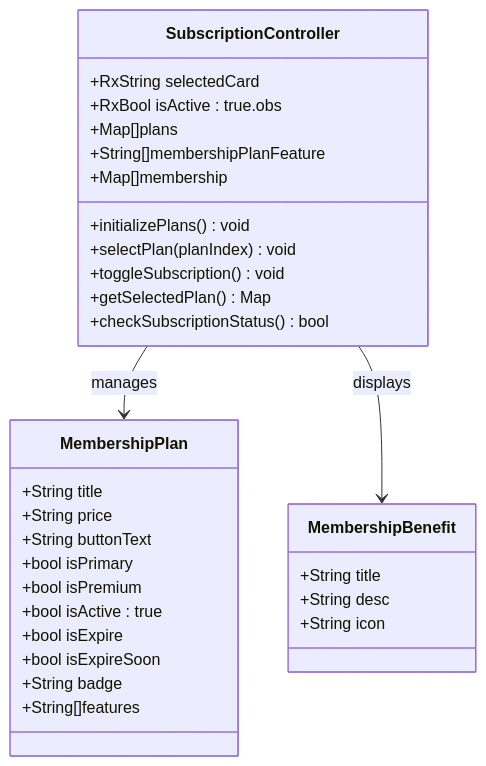
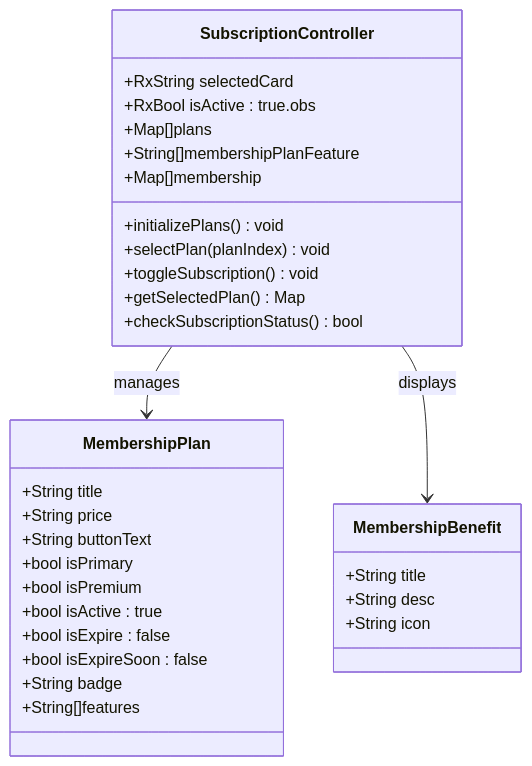
One commit to Ariful3111/FurniGo changed the second of 9 diagrams in .qoder/repowiki/en/content/Core Features/Membership and Subscription System.md. Above: the diagram before and after it, drawn with Mermaid. The commit also changed other lines of this file and 9 other files, not shown here.

````diff
--- a/.qoder/repowiki/en/content/Core Features/Membership and Subscription System.md
+++ b/.qoder/repowiki/en/content/Core Features/Membership and Subscription System.md
@@ -108,34 +110,34 @@
 ```mermaid
 classDiagram
 class SubscriptionController {
 +RxString selectedCard
 +RxBool isActive : true.obs
 +Map[]plans
 +String[]membershipPlanFeature
 +Map[]membership
 +initializePlans() void
 +selectPlan(planIndex) void
 +toggleSubscription() void
 +getSelectedPlan() Map
 +checkSubscriptionStatus() bool
 }
 class MembershipPlan {
 +String title
 +String price
 +String buttonText
 +bool isPrimary
 +bool isPremium
 +bool isActive : true
-+bool isExpire
-+bool isExpireSoon
++bool isExpire : false
++bool isExpireSoon : false
 +String badge
 +String[]features
 }
 class MembershipBenefit {
 +String title
 +String desc
 +String icon
 }
 SubscriptionController --> MembershipPlan : manages
 SubscriptionController --> MembershipBenefit : displays
 ```
````
